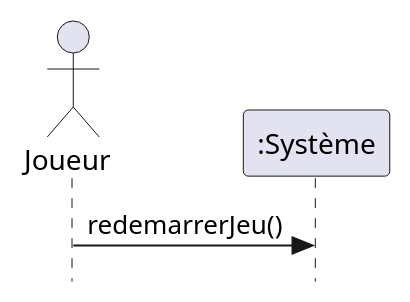
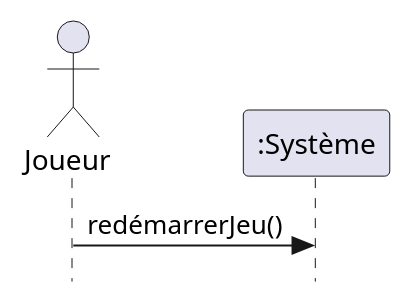
One commit to cc-probitaille/laboratoire-0-kingNomad3 changed the diagram in docs/modeles/dss-redemarrerJeu.puml. Above: the diagram before and after it, drawn with PlantUML. The commit also changed 6 other files, not shown here.

```diff
--- a/docs/modeles/dss-redemarrerJeu.puml
+++ b/docs/modeles/dss-redemarrerJeu.puml
@@ -1,7 +1,7 @@
 @startuml
 skinparam style strictuml
 actor Joueur as J
 participant ":Système" as S
 
-J -> S : redemarrerJeu()
+J -> S : redémarrerJeu()
 @enduml
```
